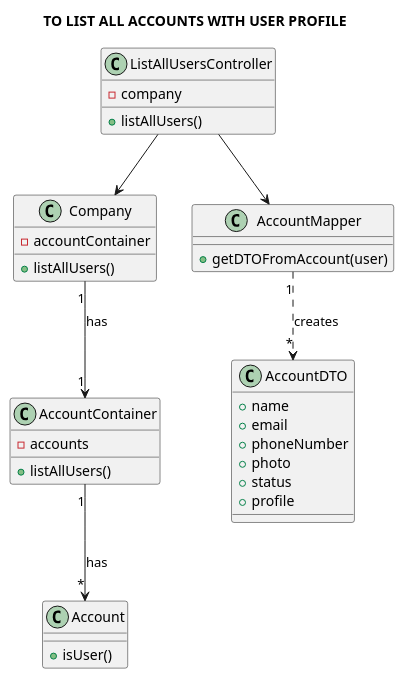
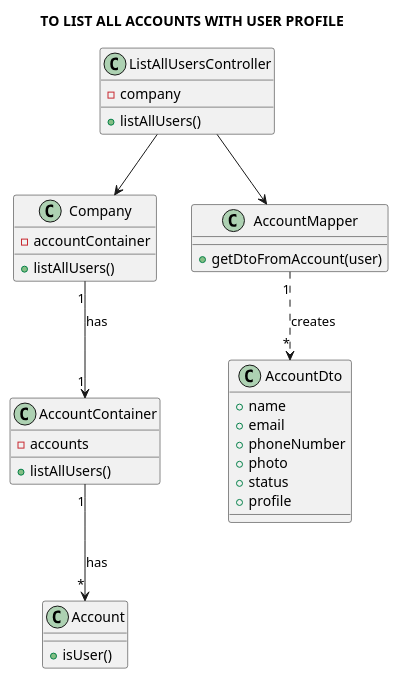
Before and after one commit to Loracline/project_switch_22-23: the diagram in docs/modelling_design/user_stories/reference_diagrams/listAllUsers_classDiagram.puml, drawn with PlantUML. The commit also changed 6 other files, not shown here.

Commit message:
Reference Diagrams (general): Design: refinement. Renaming the methods name with "DTO" to "Dto”. Correction of naming in the method present in some Sequence Diagrams, “checkAccountfromEmail(email)” to "checkAccountFromEmail(email)". Add validateAdministrator and validateUser respective Class Diagram

```diff
--- a/docs/modelling_design/user_stories/reference_diagrams/listAllUsers_classDiagram.puml
+++ b/docs/modelling_design/user_stories/reference_diagrams/listAllUsers_classDiagram.puml
@@ -1,44 +1,44 @@
 @startuml
 
 skinparam sequenceMessageAlign center
 title TO LIST ALL ACCOUNTS WITH USER PROFILE
 
 class ListAllUsersController {
 -company
 +listAllUsers()
 }
 
 class Company {
 -accountContainer
 +listAllUsers()
 }
 
 class AccountContainer {
 -accounts
 +listAllUsers()
 }
 
 class Account {
 +isUser()
 }
 
 class AccountMapper {
-+getDTOFromAccount(user)
++getDtoFromAccount(user)
 }
 
-class AccountDTO{
+class AccountDto{
 +name
 +email
 +phoneNumber
 +photo
 +status
 +profile
 }
 
 ListAllUsersController --> Company
 ListAllUsersController --> AccountMapper
 Company "1"-->"1" AccountContainer: has
 AccountContainer "1" --> "*" Account : has
-AccountMapper "1"..> "*"AccountDTO: creates
+AccountMapper "1"..> "*"AccountDto: creates
 
 @enduml
```
